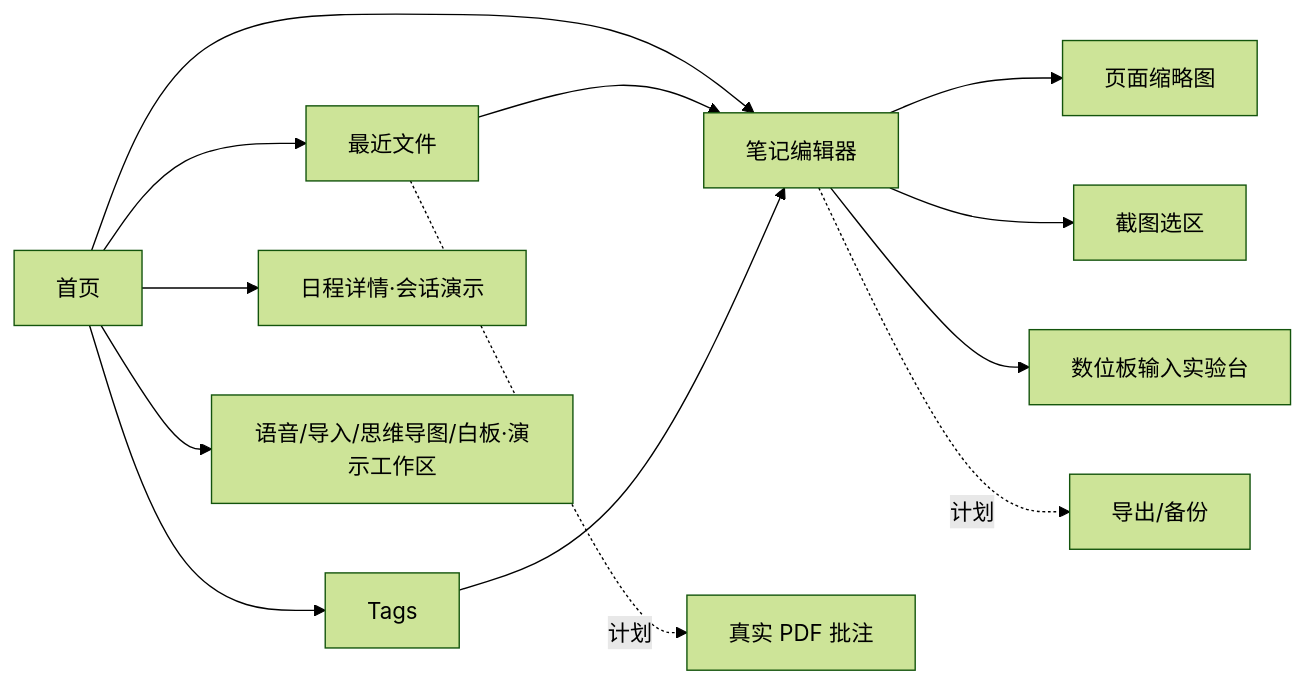
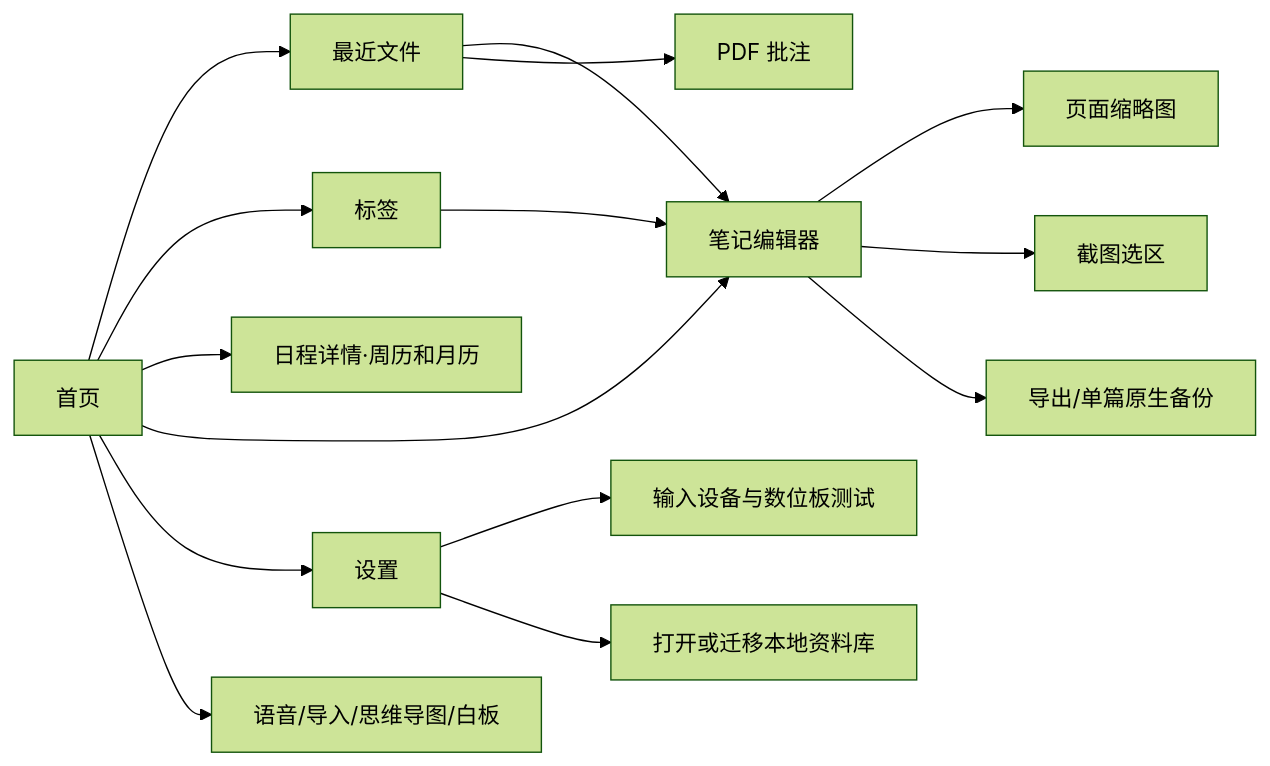
The diagram in docs/UX-SPEC.md (poopoo5194379/LiftInk), drawn with Mermaid (forest theme) before and after one commit. The commit also changed other lines of this file and 129 other files, not shown here.

````diff
--- a/docs/UX-SPEC.md
+++ b/docs/UX-SPEC.md
@@ -5,15 +5,17 @@
 ```mermaid
 flowchart LR
   H[首页] --> R[最近文件]
-  H --> T[Tags]
-  H --> A[日程详情·会话演示]
+  H --> T[标签]
+  H --> A[日程详情·周历和月历]
   H --> E[笔记编辑器]
+  H --> S[设置]
   R --> E
   T --> E
   E --> P[页面缩略图]
   E --> C[截图选区]
-  E --> I[数位板输入实验台]
-  H --> Q[语音/导入/思维导图/白板·演示工作区]
-  E -. 计划 .-> X[导出/备份]
-  R -. 计划 .-> D[真实 PDF 批注]
+  S --> I[输入设备与数位板测试]
+  H --> Q[语音/导入/思维导图/白板]
+  E --> X[导出/单篇原生备份]
+  R --> D[PDF 批注]
+  S --> V[打开或迁移本地资料库]
 ```
````
